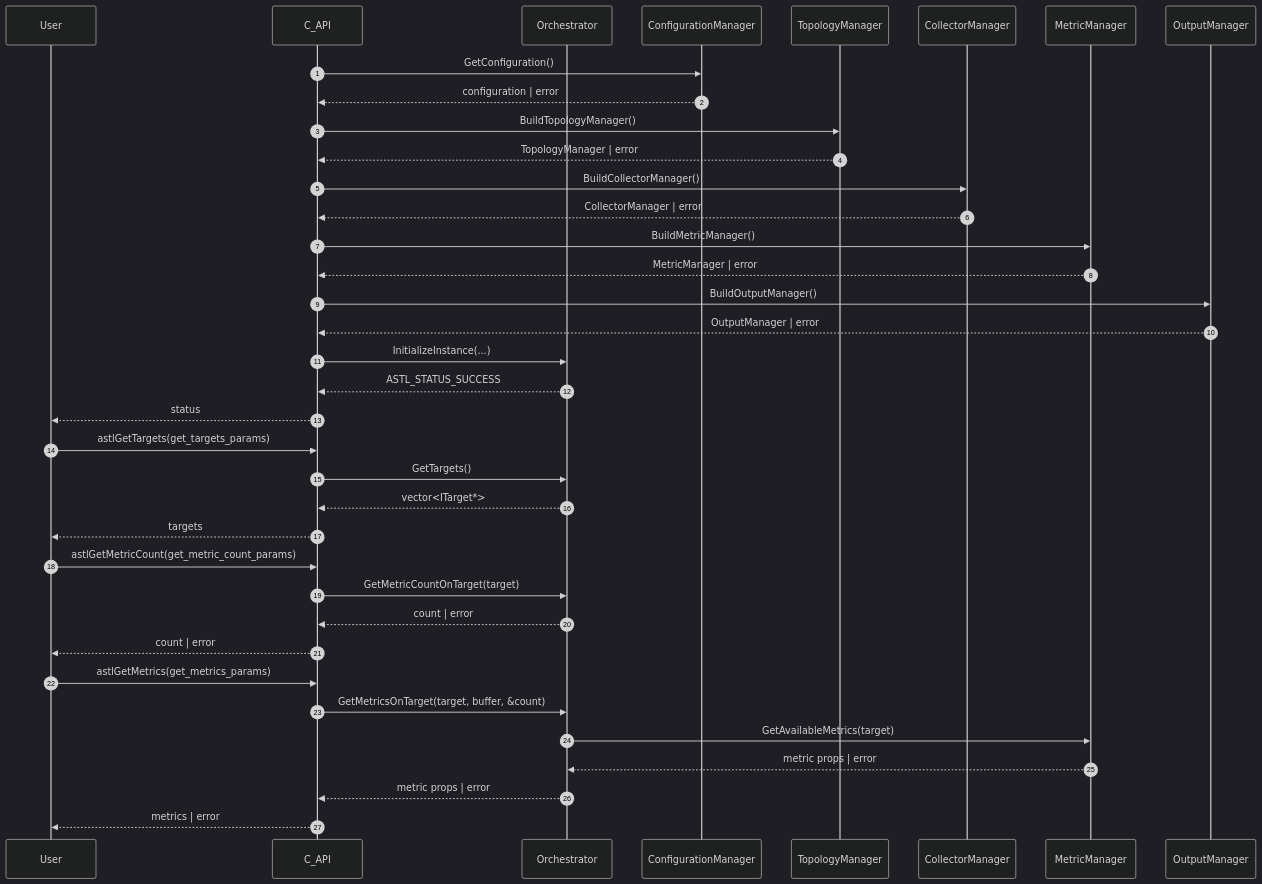
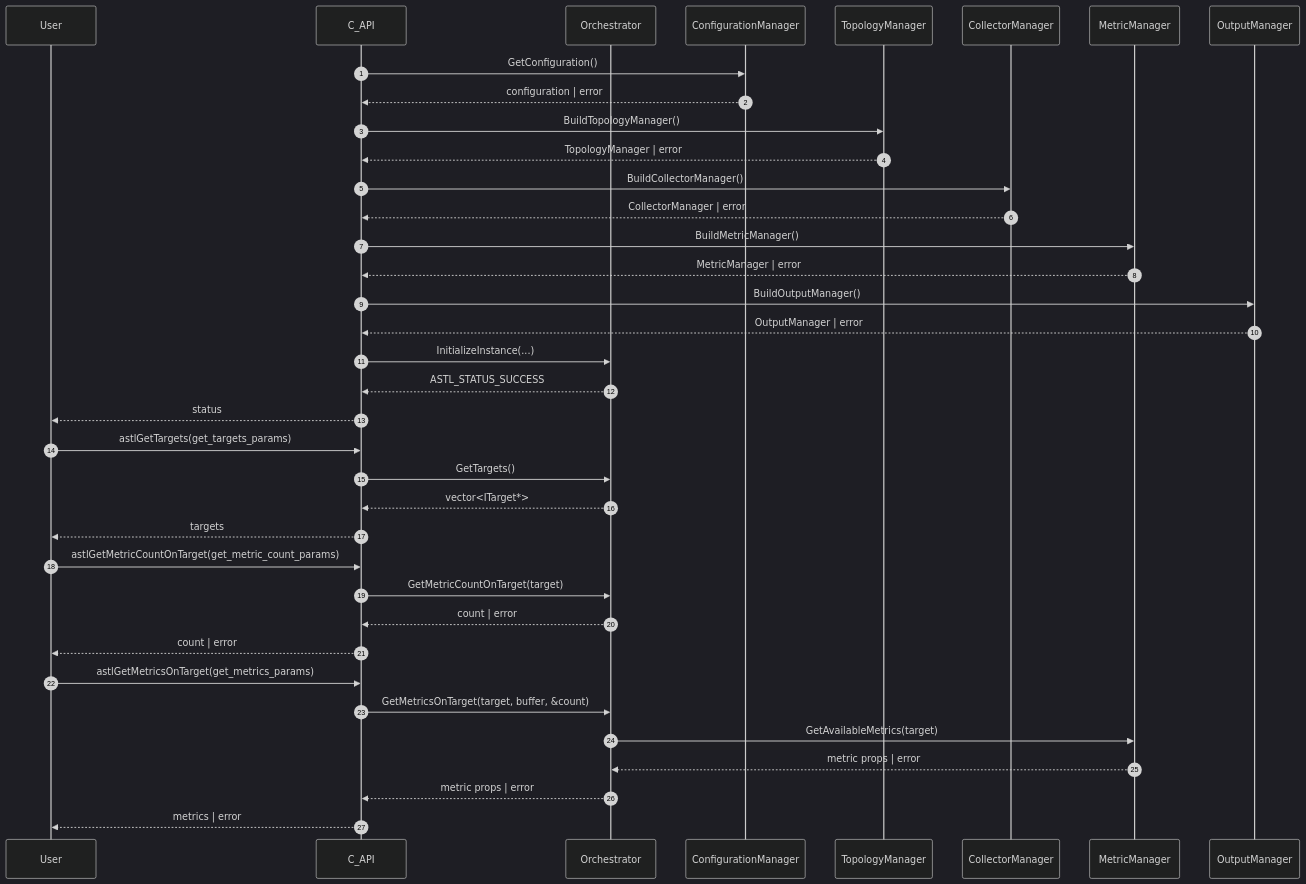
One commit to arm/ASTL changed the diagram in doc/design/system_phase_init_discovery.mmd. Above: the diagram before and after it, drawn with Mermaid (dark theme). The commit also changed 50 other files, not shown here.

First line of the commit message:
[NO-JIRA] Add target-scoped metric/counter APIs and align status codes across C, Python, and Go (#452)

```diff
--- a/doc/design/system_phase_init_discovery.mmd
+++ b/doc/design/system_phase_init_discovery.mmd
@@ -1,49 +1,49 @@
 %% SPDX-FileCopyrightText: 2026 Arm Limited and/or its affiliates <open-source-office@arm.com>
 %%
 %% SPDX-License-Identifier: Apache-2.0
 
 %% System Phase: Initialization & Discovery
 %% Focus: initialization sequence + target & metric enumeration (condensed)
 sequenceDiagram
     autonumber
     participant User
     participant API as C_API
     participant Orchestrator
     participant ConfigurationManager as ConfigurationManager
     participant TopologyManager as TopologyManager
     participant CollectorManager as CollectorManager
     participant MetricManager as MetricManager
     participant OutputManager as OutputManager
 
     %% Init
     API->>ConfigurationManager: GetConfiguration()
     ConfigurationManager-->>API: configuration | error
     API->>TopologyManager: BuildTopologyManager()
     TopologyManager-->>API: TopologyManager | error
     API->>CollectorManager: BuildCollectorManager()
     CollectorManager-->>API: CollectorManager | error
     API->>MetricManager: BuildMetricManager()
     MetricManager-->>API: MetricManager | error
     API->>OutputManager: BuildOutputManager()
     OutputManager-->>API: OutputManager | error
     API->>Orchestrator: InitializeInstance(...)
     Orchestrator-->>API: ASTL_STATUS_SUCCESS
     API-->>User: status
 
     %% Discovery (condensed)
     User->>API: astlGetTargets(get_targets_params)
     API->>Orchestrator: GetTargets()
     Orchestrator-->>API: vector<ITarget*>
     API-->>User: targets
 
     %% Metric enumeration (two-step using count + list)
-    User->>API: astlGetMetricCount(get_metric_count_params)
+    User->>API: astlGetMetricCountOnTarget(get_metric_count_params)
     API->>Orchestrator: GetMetricCountOnTarget(target)
     Orchestrator-->>API: count | error
     API-->>User: count | error
-    User->>API: astlGetMetrics(get_metrics_params)
+    User->>API: astlGetMetricsOnTarget(get_metrics_params)
     API->>Orchestrator: GetMetricsOnTarget(target, buffer, &count)
     Orchestrator->>MetricManager: GetAvailableMetrics(target)
     MetricManager-->>Orchestrator: metric props | error
     Orchestrator-->>API: metric props | error
     API-->>User: metrics | error
```
